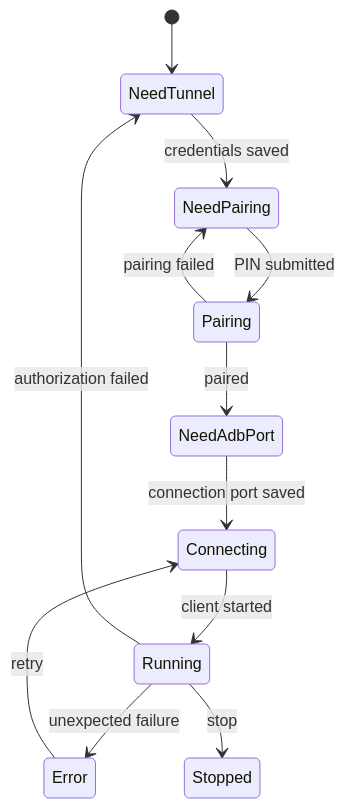
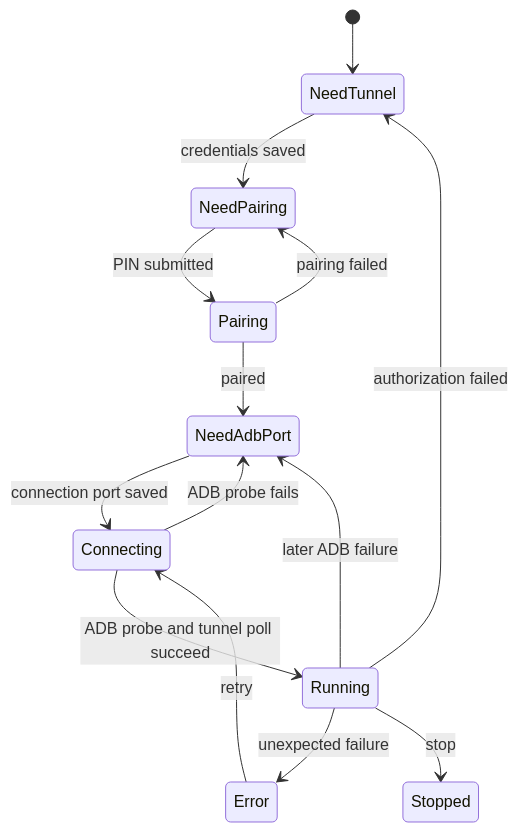
One commit to charifmahmoudi/Android-ChatGPT-Remote- changed the second of 2 diagrams in README.md. Above: the diagram before and after it, drawn with Mermaid. The commit also changed other lines of this file and 3 other files, not shown here.

````diff
--- a/README.md
+++ b/README.md
@@ -90,14 +93,16 @@
 ```mermaid
 stateDiagram-v2
     [*] --> NeedTunnel
     NeedTunnel --> NeedPairing: credentials saved
     NeedPairing --> Pairing: PIN submitted
     Pairing --> NeedAdbPort: paired
     Pairing --> NeedPairing: pairing failed
     NeedAdbPort --> Connecting: connection port saved
-    Connecting --> Running: client started
+    Connecting --> NeedAdbPort: ADB probe fails
+    Connecting --> Running: ADB probe and tunnel poll succeed
+    Running --> NeedAdbPort: later ADB failure
     Running --> NeedTunnel: authorization failed
     Running --> Error: unexpected failure
     Error --> Connecting: retry
     Running --> Stopped: stop
 ```
````
